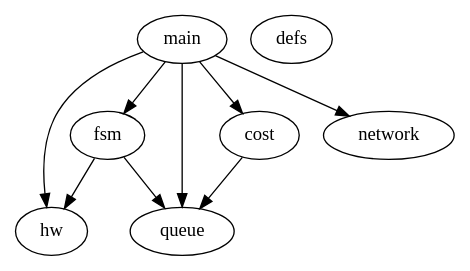
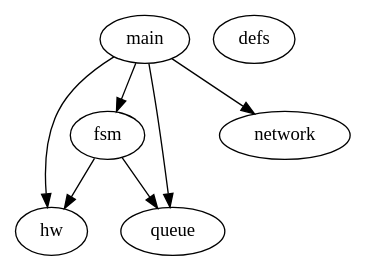
One commit to mmshabab90/TTK4145-Heis changed the diagram in Documentation/dependancy_diagram.gv. Above: the diagram before and after it, drawn with Graphviz. The commit also changed 1 other file, not shown here.

```diff
--- a/Documentation/dependancy_diagram.gv
+++ b/Documentation/dependancy_diagram.gv
@@ -1,11 +1,9 @@
 digraph G {
 	main -> hw;
 	main -> fsm;
 	main -> queue;
-	main -> cost;
 	main -> network;
 	fsm -> hw;
 	fsm -> queue;
-	cost -> queue;
 	defs;
 }
```
